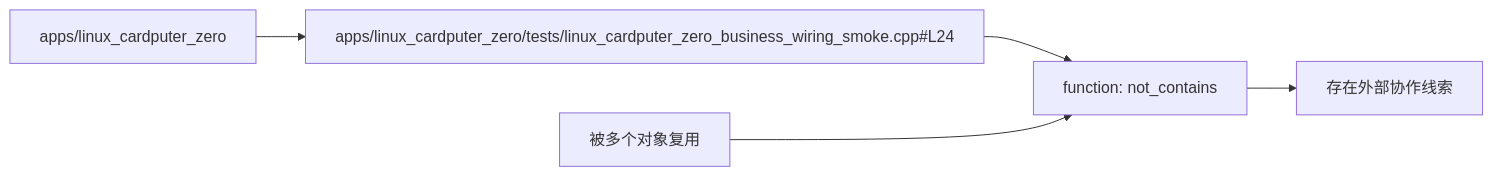
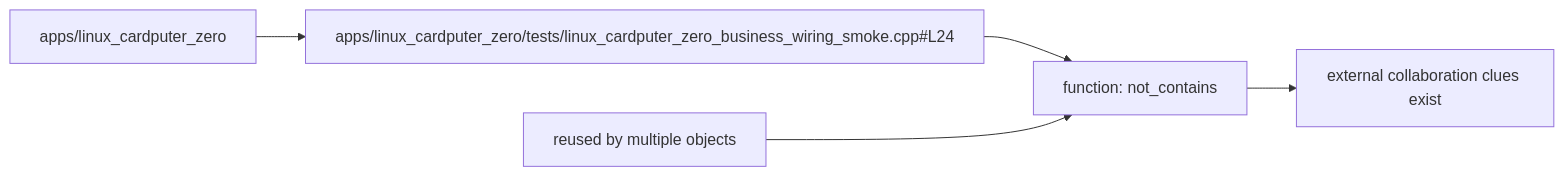
One commit to manmuqingshan/trail-mate changed the diagram in docs/engineering/component-diagrams/apps-linux_cardputer_zero-not_contains/component-diagram.md. Above: the diagram before and after it, drawn with Mermaid. The commit also changed other lines of this file and 527 other files, not shown here.

````diff
--- a/docs/engineering/component-diagrams/apps-linux_cardputer_zero-not_contains/component-diagram.md
+++ b/docs/engineering/component-diagrams/apps-linux_cardputer_zero-not_contains/component-diagram.md
@@ -40,10 +40,10 @@
 ```mermaid
 flowchart LR
   package_node["apps/linux_cardputer_zero"]
   file_node["apps/linux_cardputer_zero/tests/linux_cardputer_zero_business_wiring_smoke.cpp#L24"]
   component_node["function: not_contains"]
   package_node --> file_node
   file_node --> component_node
-  component_node --> outgoingRelations["存在外部协作线索"]
-  incomingRelations["被多个对象复用"] --> component_node
+ component_node --> outgoingRelations["external collaboration clues exist"]
+ incomingRelations["reused by multiple objects"] --> component_node
 ```
````
